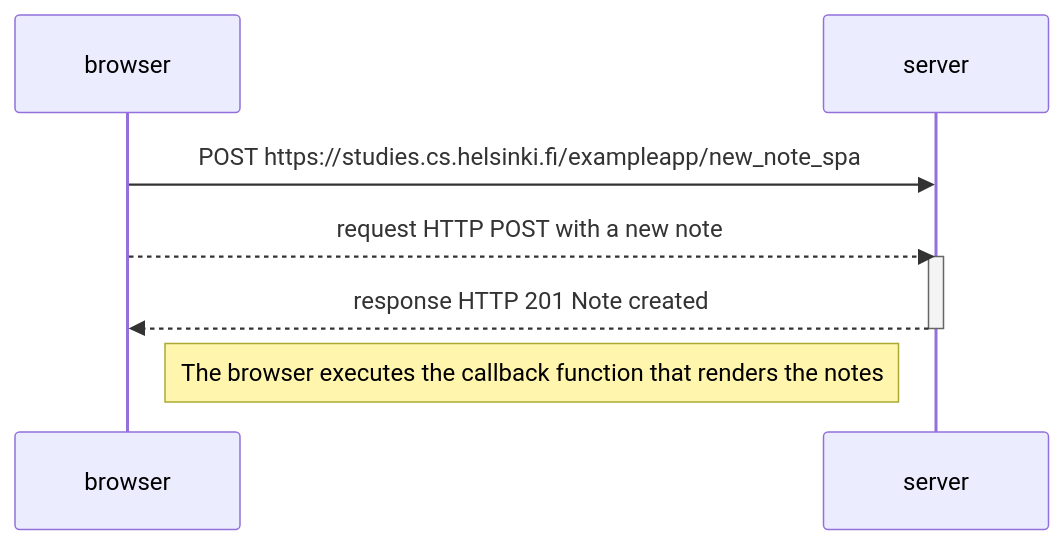
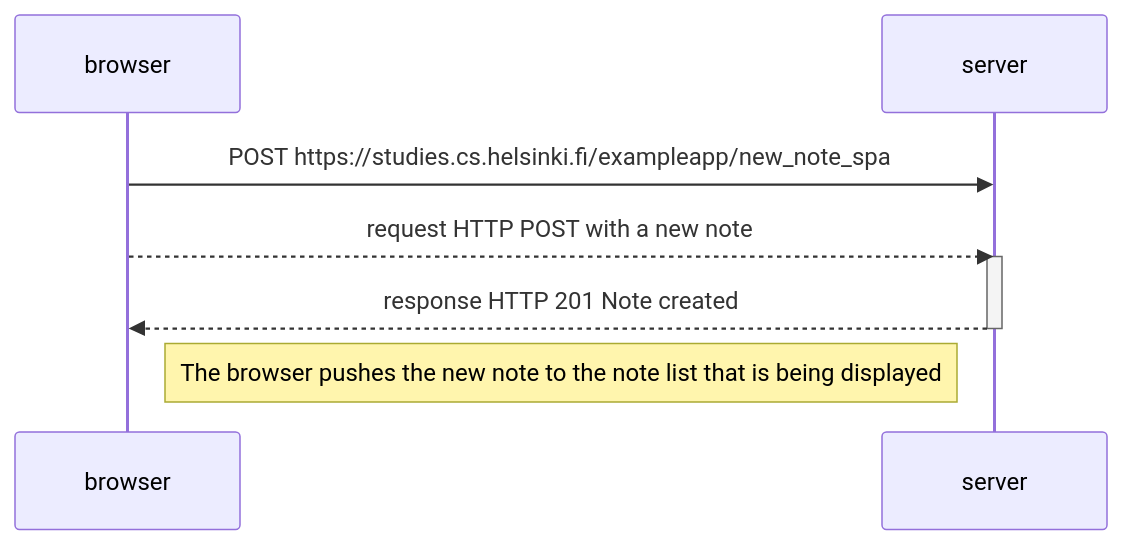
One commit to JNBarrachina/fullstackopen changed the diagram in part0/diagram0-6-newNoteSPA.md. Above: the diagram before and after it, drawn with Mermaid.

Commit message:
All diagrams done

````diff
--- a/part0/diagram0-6-newNoteSPA.md
+++ b/part0/diagram0-6-newNoteSPA.md
@@ -1,15 +1,15 @@
 ``` mermaid
 
 sequenceDiagram
     participant browser
     participant server
 
     browser->>server: POST https://studies.cs.helsinki.fi/exampleapp/new_note_spa
     browser-->>server: request HTTP POST with a new note
     activate server
     server-->>browser: response HTTP 201 Note created
     deactivate server
 
-    Note right of browser: The browser executes the callback function that renders the notes
+    Note right of browser: The browser pushes the new note to the note list that is being displayed
 
 ```
````
